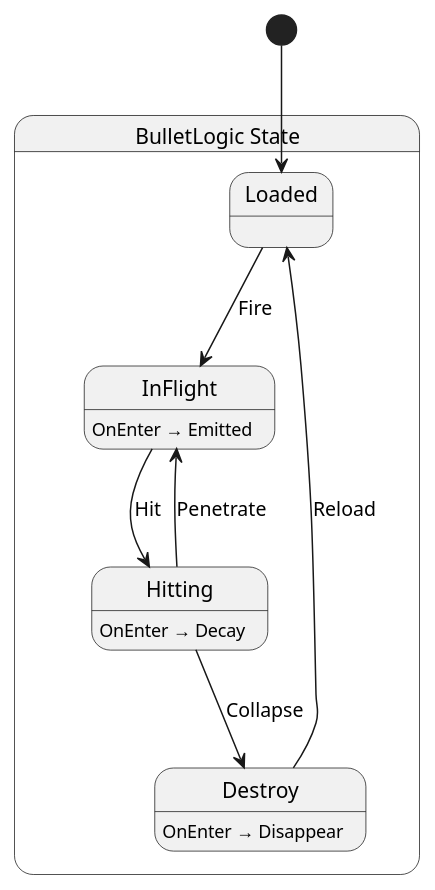
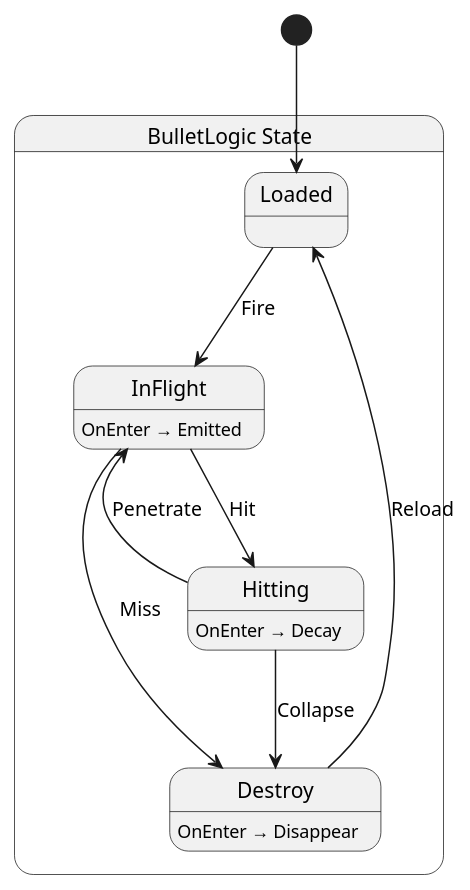
The diagram in src/bullet/state/BulletLogic.g.puml (Ygoat/EternalJourney), drawn with PlantUML before and after one commit. The commit also changed 3 other files, not shown here.

```diff
--- a/src/bullet/state/BulletLogic.g.puml
+++ b/src/bullet/state/BulletLogic.g.puml
@@ -1,20 +1,21 @@
 @startuml BulletLogic
 state "BulletLogic State" as EternalJourney_App_State_BulletLogic_State {
   state "Loaded" as EternalJourney_App_State_BulletLogic_State_Loaded
   state "InFlight" as EternalJourney_App_State_BulletLogic_State_InFlight
   state "Hitting" as EternalJourney_App_State_BulletLogic_State_Hitting
   state "Destroy" as EternalJourney_App_State_BulletLogic_State_Destroy
 }
 
 EternalJourney_App_State_BulletLogic_State_Destroy --> EternalJourney_App_State_BulletLogic_State_Loaded : Reload
 EternalJourney_App_State_BulletLogic_State_Hitting --> EternalJourney_App_State_BulletLogic_State_Destroy : Collapse
 EternalJourney_App_State_BulletLogic_State_Hitting --> EternalJourney_App_State_BulletLogic_State_InFlight : Penetrate
+EternalJourney_App_State_BulletLogic_State_InFlight --> EternalJourney_App_State_BulletLogic_State_Destroy : Miss
 EternalJourney_App_State_BulletLogic_State_InFlight --> EternalJourney_App_State_BulletLogic_State_Hitting : Hit
 EternalJourney_App_State_BulletLogic_State_Loaded --> EternalJourney_App_State_BulletLogic_State_InFlight : Fire
 
 EternalJourney_App_State_BulletLogic_State_Destroy : OnEnter → Disappear
 EternalJourney_App_State_BulletLogic_State_Hitting : OnEnter → Decay
 EternalJourney_App_State_BulletLogic_State_InFlight : OnEnter → Emitted
 
 [*] --> EternalJourney_App_State_BulletLogic_State_Loaded
 @enduml
```
